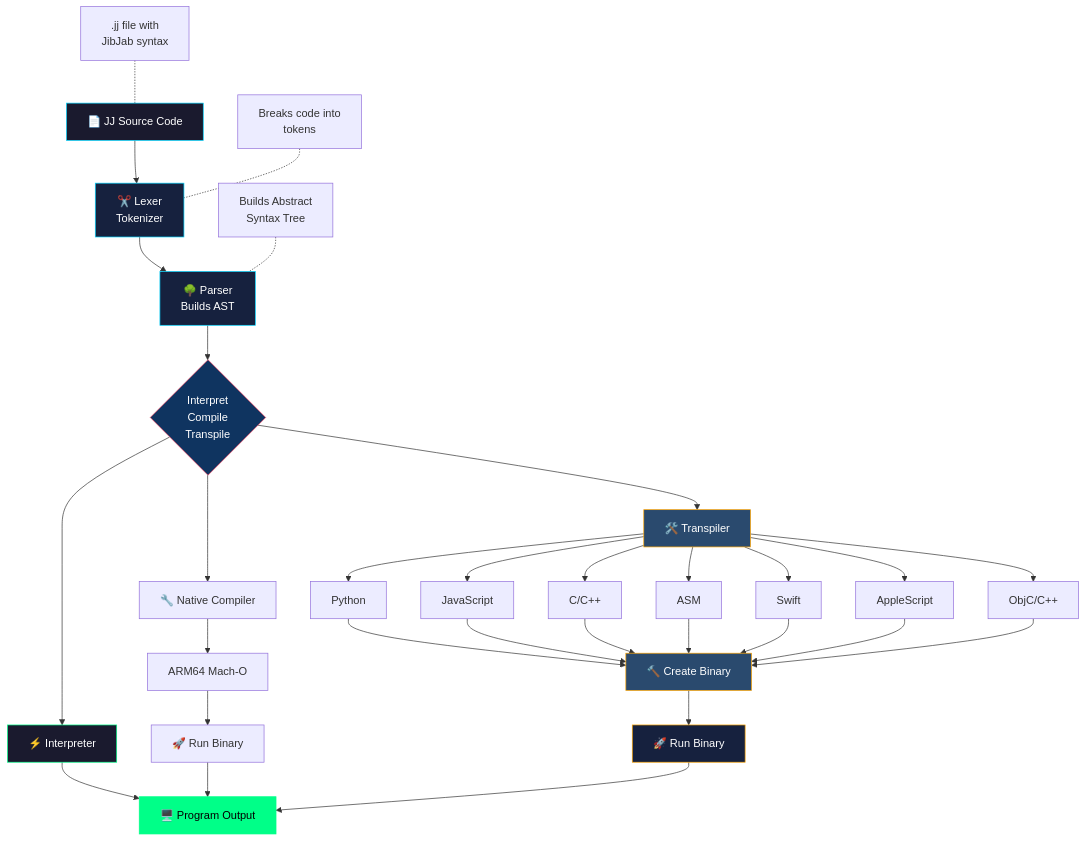
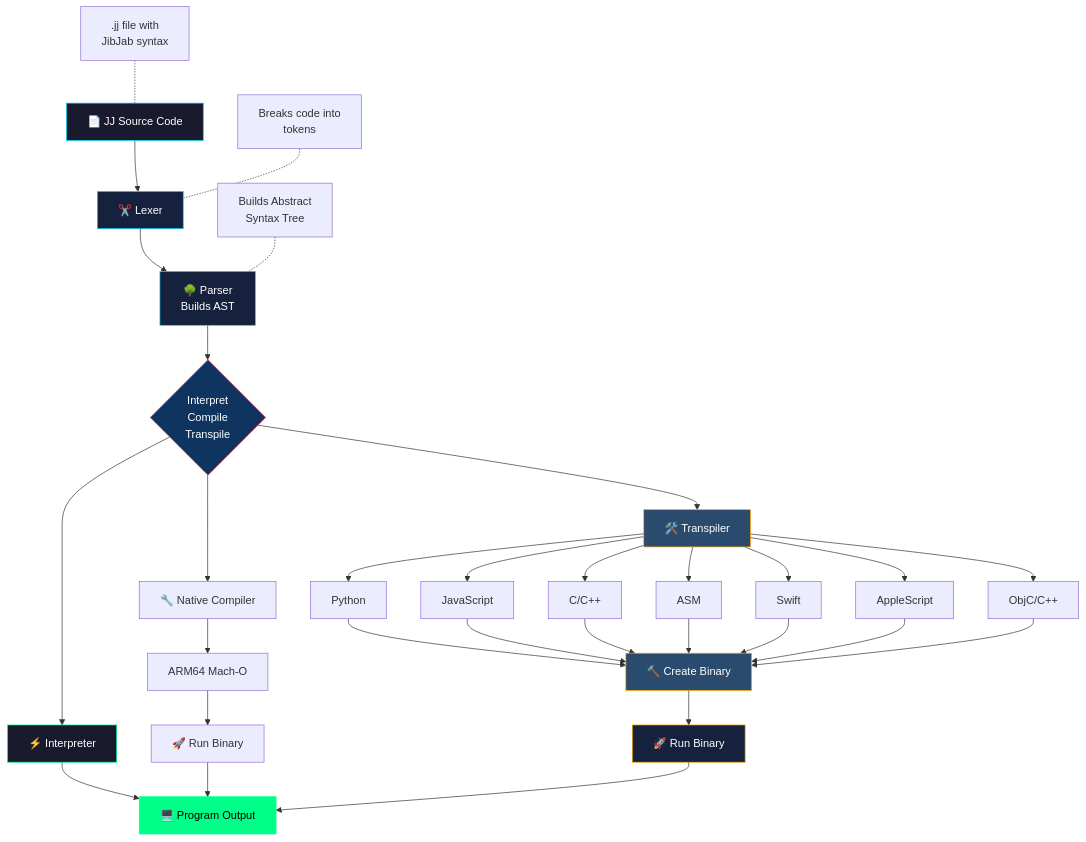
The diagram in README.md (SuperBox64/JibberJabber), drawn with Mermaid before and after one commit.

Commit message:
Simplify Lexer label

````diff
--- a/README.md
+++ b/README.md
@@ -339,48 +339,48 @@
 ```mermaid
 flowchart TD
-    A[📄 JJ Source Code] --> B[✂️ Lexer<br>Tokenizer]
+    A[📄 JJ Source Code] --> B[✂️  Lexer]
     B --> C[🌳 Parser<br>Builds AST]
     C --> D{Interpret<br>Compile<br>Transpile}
 
     A1[".jj file with<br>JibJab syntax"] -.- A
     B1["Breaks code into<br>tokens"] -.- B
     C1["Builds Abstract<br>Syntax Tree"] -.- C
 
     D --> E[⚡ Interpreter]
     E --> F[🖥️  Program Output]
 
     D --> N1[🔧 Native Compiler]
     N1 --> N2[ARM64 Mach-O]
     N2 --> N3[🚀 Run Binary]
     N3 --> F
 
     D --> G[🛠️ Transpiler]
     G --> H[Python]
     G --> I[JavaScript]
     G --> J[C/C++]
     G --> K[ASM]
     G --> L[Swift]
     G --> P[AppleScript]
     G --> Q[ObjC/C++]
 
     H --> M[🔨 Create Binary]
     I --> M
     J --> M
     K --> M
     L --> M
     P --> M
     Q --> M
     M --> N[🚀 Run Binary]
     N --> F
 
     style M fill:#2a4a6e,stroke:#ffa500,color:#fff
     style N fill:#16213e,stroke:#ffa500,color:#fff
 
     style A fill:#1a1a2e,stroke:#00d4ff,color:#fff
     style B fill:#16213e,stroke:#00d4ff,color:#fff
     style C fill:#16213e,stroke:#00d4ff,color:#fff
     style D fill:#0f3460,stroke:#e94560,color:#fff
     style E fill:#1a1a2e,stroke:#00ff88,color:#fff
     style F fill:#00ff88,stroke:#00ff88,color:#000
     style G fill:#2a4a6e,stroke:#ffa500,color:#fff
 ```
````
